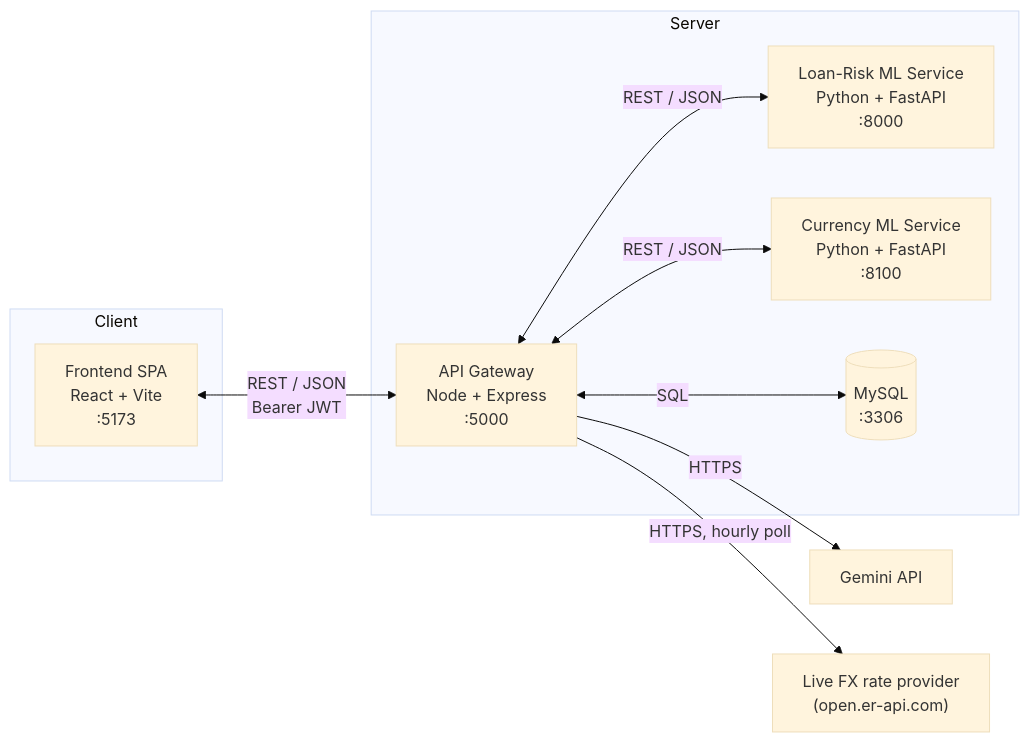
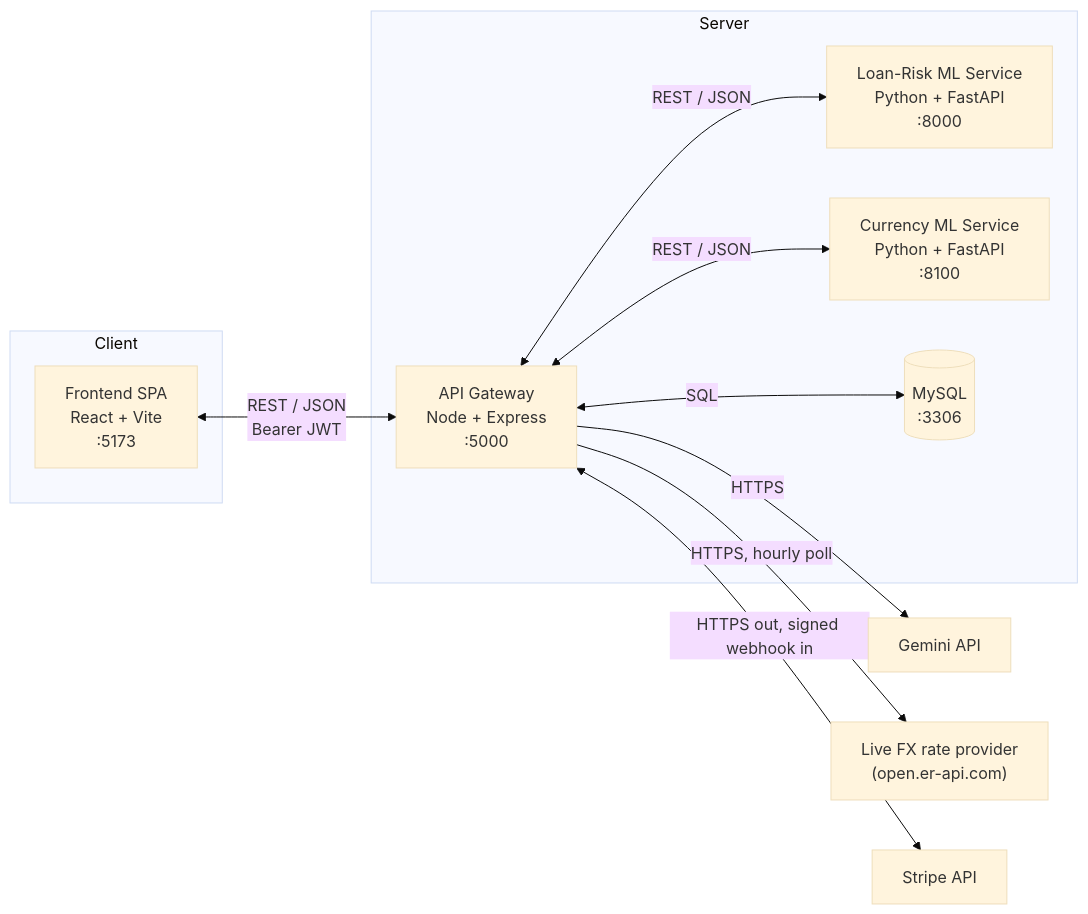
Before and after one commit to ThangarajuThivya/ai-loan-risk-platform: the second of 9 diagrams in ARCHITECTURE.md, drawn with Mermaid (base theme). The commit also changed other lines of this file and 138 other files, not shown here.

````diff
--- a/ARCHITECTURE.md
+++ b/ARCHITECTURE.md
@@ -69,21 +78,23 @@
 ```mermaid
 flowchart LR
     subgraph Client
       R["Frontend SPA<br/>React + Vite<br/>:5173"]
     end
     subgraph Server
       N["API Gateway<br/>Node + Express<br/>:5000"]
       P["Loan-Risk ML Service<br/>Python + FastAPI<br/>:8000"]
       C["Currency ML Service<br/>Python + FastAPI<br/>:8100"]
       DB[("MySQL<br/>:3306")]
     end
     Gemini["Gemini API"]
     Ext["Live FX rate provider<br/>(open.er-api.com)"]
+    Stripe["Stripe API"]
 
     R <-->|REST / JSON<br/>Bearer JWT| N
     N <-->|REST / JSON| P
     N <-->|REST / JSON| C
     N <-->|SQL| DB
     N -->|HTTPS| Gemini
     N -->|HTTPS, hourly poll| Ext
+    N <-->|HTTPS out, signed webhook in| Stripe
 ```
````
